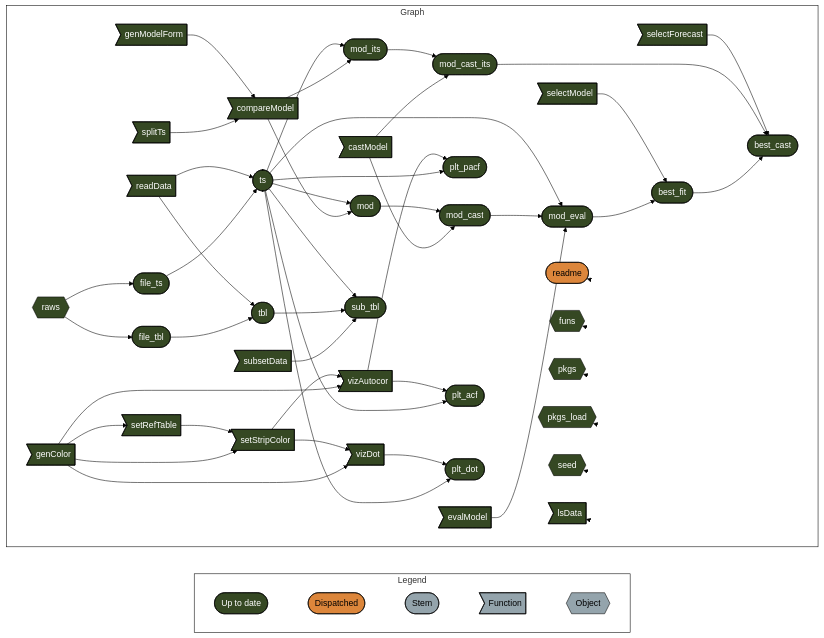
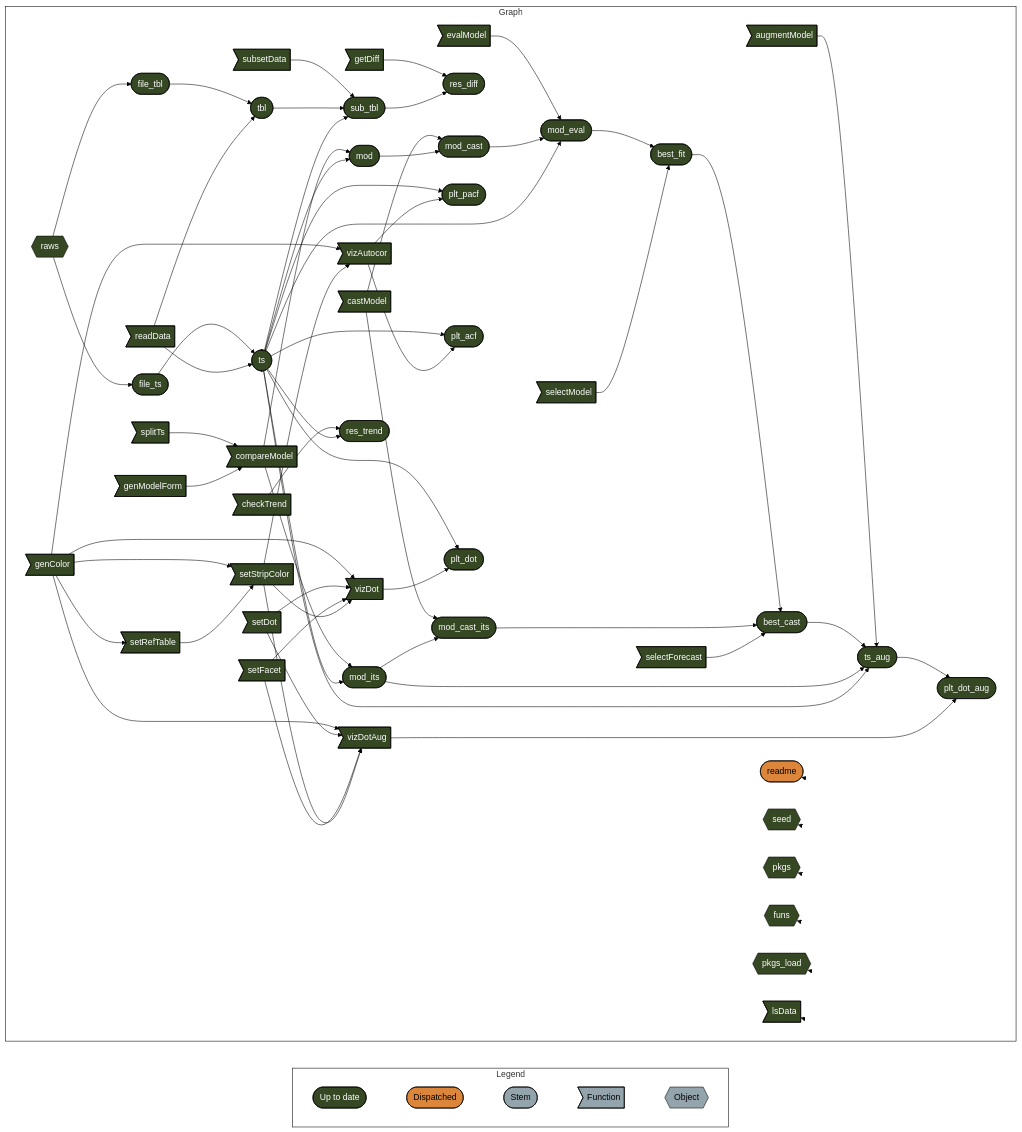
One commit to namakala/method-discrepancy-riskesdas changed the diagram in README.md. Above: the diagram before and after it, drawn with Mermaid (forest theme). The commit also changed other lines of this file and 1 other file, not shown here.

````diff
--- a/README.md
+++ b/README.md
@@ -82,20 +80,34 @@
   end
   subgraph Graph
     direction LR
-    x9252423d64d713bd>"genColor"]:::uptodate --> xd24d44e5b9dcbfab>"setRefTable"]:::uptodate
     x9252423d64d713bd>"genColor"]:::uptodate --> xe286972e47efcd5a>"setStripColor"]:::uptodate
     x9252423d64d713bd>"genColor"]:::uptodate --> xb8b267aae822a938>"vizDot"]:::uptodate
+    x9252423d64d713bd>"genColor"]:::uptodate --> xd24d44e5b9dcbfab>"setRefTable"]:::uptodate
     x9252423d64d713bd>"genColor"]:::uptodate --> xa4ed09271e4b7e0c>"vizAutocor"]:::uptodate
-    xd24d44e5b9dcbfab>"setRefTable"]:::uptodate --> xe286972e47efcd5a>"setStripColor"]:::uptodate
+    x9252423d64d713bd>"genColor"]:::uptodate --> x517170a0862823a9>"vizDotAug"]:::uptodate
+    xbd46e7a6b2bc9551>"setDot"]:::uptodate --> xb8b267aae822a938>"vizDot"]:::uptodate
+    xbd46e7a6b2bc9551>"setDot"]:::uptodate --> x517170a0862823a9>"vizDotAug"]:::uptodate
+    xb5013b1c32262a9b>"setFacet"]:::uptodate --> xb8b267aae822a938>"vizDot"]:::uptodate
+    xb5013b1c32262a9b>"setFacet"]:::uptodate --> x517170a0862823a9>"vizDotAug"]:::uptodate
     xe286972e47efcd5a>"setStripColor"]:::uptodate --> xb8b267aae822a938>"vizDot"]:::uptodate
     xe286972e47efcd5a>"setStripColor"]:::uptodate --> xa4ed09271e4b7e0c>"vizAutocor"]:::uptodate
+    xe286972e47efcd5a>"setStripColor"]:::uptodate --> x517170a0862823a9>"vizDotAug"]:::uptodate
+    xd24d44e5b9dcbfab>"setRefTable"]:::uptodate --> xe286972e47efcd5a>"setStripColor"]:::uptodate
     x5cd0059b4a190559>"splitTs"]:::uptodate --> xacaa2b0b099a3bef>"compareModel"]:::uptodate
     x2cba9b87114d8cdd>"genModelForm"]:::uptodate --> xacaa2b0b099a3bef>"compareModel"]:::uptodate
     xa644072f7a1b7229>"castModel"]:::uptodate --> xee4f8d86dc7f5415(["mod_cast"]):::uptodate
     xe177f97af32c2a84(["mod"]):::uptodate --> xee4f8d86dc7f5415(["mod_cast"]):::uptodate
+    x41ba333bb4a8eac2>"getDiff"]:::uptodate --> x97481d93fc034ba1(["res_diff"]):::uptodate
+    xace8ed3b55f17498(["sub_tbl"]):::uptodate --> x97481d93fc034ba1(["res_diff"]):::uptodate
     x35b4e9316d9a0feb(["best_fit"]):::uptodate --> x03f2053ede238c51(["best_cast"]):::uptodate
     xd5d9f89b36ce2fd3(["mod_cast_its"]):::uptodate --> x03f2053ede238c51(["best_cast"]):::uptodate
     x16fdcdd8569d4e24>"selectForecast"]:::uptodate --> x03f2053ede238c51(["best_cast"]):::uptodate
+    xc488683e3df4e665(["ts_aug"]):::uptodate --> xa96ae55b1b18d8fc(["plt_dot_aug"]):::uptodate
+    x517170a0862823a9>"vizDotAug"]:::uptodate --> xa96ae55b1b18d8fc(["plt_dot_aug"]):::uptodate
+    x1a0b2ed0fd224eb0>"augmentModel"]:::uptodate --> xc488683e3df4e665(["ts_aug"]):::uptodate
+    x03f2053ede238c51(["best_cast"]):::uptodate --> xc488683e3df4e665(["ts_aug"]):::uptodate
+    x310fe0d702765c29(["mod_its"]):::uptodate --> xc488683e3df4e665(["ts_aug"]):::uptodate
+    x69167921da2c5a4c(["ts"]):::uptodate --> xc488683e3df4e665(["ts_aug"]):::uptodate
     xacaa2b0b099a3bef>"compareModel"]:::uptodate --> x310fe0d702765c29(["mod_its"]):::uptodate
     x69167921da2c5a4c(["ts"]):::uptodate --> x310fe0d702765c29(["mod_its"]):::uptodate
     x69167921da2c5a4c(["ts"]):::uptodate --> x674283d12376b53b(["plt_pacf"]):::uptodate
@@ -117,16 +129,18 @@
     x310fe0d702765c29(["mod_its"]):::uptodate --> xd5d9f89b36ce2fd3(["mod_cast_its"]):::uptodate
     xacaa2b0b099a3bef>"compareModel"]:::uptodate --> xe177f97af32c2a84(["mod"]):::uptodate
     x69167921da2c5a4c(["ts"]):::uptodate --> xe177f97af32c2a84(["mod"]):::uptodate
+    xe777d5278e8501a6>"checkTrend"]:::uptodate --> xbdb43b025d9b1b25(["res_trend"]):::uptodate
+    x69167921da2c5a4c(["ts"]):::uptodate --> xbdb43b025d9b1b25(["res_trend"]):::uptodate
     xd7e58f14e419de9c>"subsetData"]:::uptodate --> xace8ed3b55f17498(["sub_tbl"]):::uptodate
     xb24e8ba9befc2f2c(["tbl"]):::uptodate --> xace8ed3b55f17498(["sub_tbl"]):::uptodate
     x69167921da2c5a4c(["ts"]):::uptodate --> xace8ed3b55f17498(["sub_tbl"]):::uptodate
     xb82194ad1d3356df(["file_ts"]):::uptodate --> x69167921da2c5a4c(["ts"]):::uptodate
     x18b26034ab3a95e2>"readData"]:::uptodate --> x69167921da2c5a4c(["ts"]):::uptodate
     xc11069275cfeb620(["readme"]):::dispatched --> xc11069275cfeb620(["readme"]):::dispatched
+    x4d3ec24f81457d7f{{"seed"}}:::uptodate --> x4d3ec24f81457d7f{{"seed"}}:::uptodate
+    x2f12837377761a1b{{"pkgs"}}:::uptodate --> x2f12837377761a1b{{"pkgs"}}:::uptodate
     x07bf962581a33ad1{{"funs"}}:::uptodate --> x07bf962581a33ad1{{"funs"}}:::uptodate
-    x2f12837377761a1b{{"pkgs"}}:::uptodate --> x2f12837377761a1b{{"pkgs"}}:::uptodate
     x026e3308cd8be8b9{{"pkgs_load"}}:::uptodate --> x026e3308cd8be8b9{{"pkgs_load"}}:::uptodate
-    x4d3ec24f81457d7f{{"seed"}}:::uptodate --> x4d3ec24f81457d7f{{"seed"}}:::uptodate
     x3eac3c5af5491b67>"lsData"]:::uptodate --> x3eac3c5af5491b67>"lsData"]:::uptodate
   end
   classDef uptodate stroke:#000000,color:#ffffff,fill:#354823;
@@ -136,10 +150,10 @@
   linkStyle 1 stroke-width:0px;
   linkStyle 2 stroke-width:0px;
   linkStyle 3 stroke-width:0px;
-  linkStyle 44 stroke-width:0px;
-  linkStyle 45 stroke-width:0px;
-  linkStyle 46 stroke-width:0px;
-  linkStyle 47 stroke-width:0px;
-  linkStyle 48 stroke-width:0px;
-  linkStyle 49 stroke-width:0px;
+  linkStyle 60 stroke-width:0px;
+  linkStyle 61 stroke-width:0px;
+  linkStyle 62 stroke-width:0px;
+  linkStyle 63 stroke-width:0px;
+  linkStyle 64 stroke-width:0px;
+  linkStyle 65 stroke-width:0px;
 ```
````
